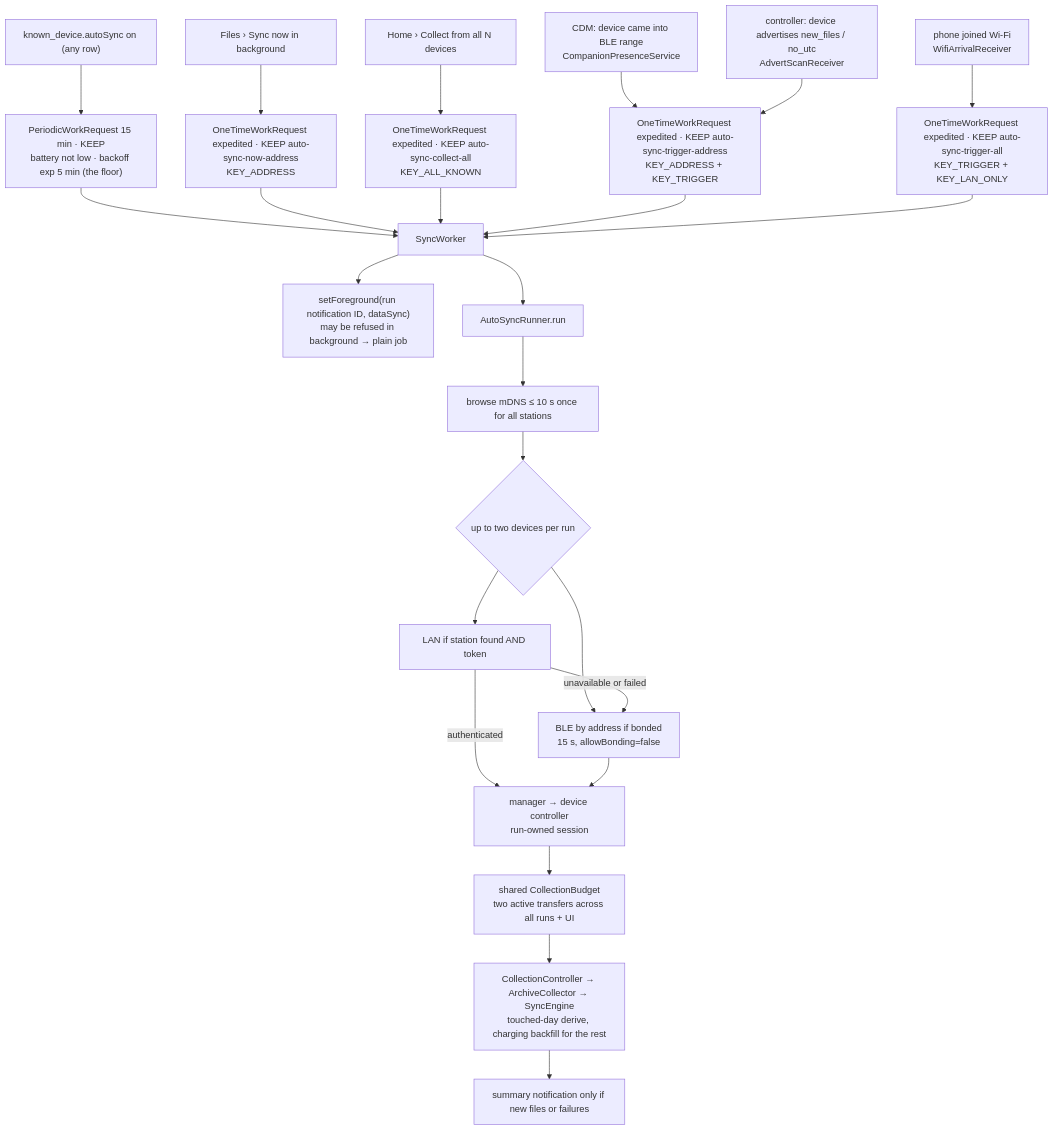
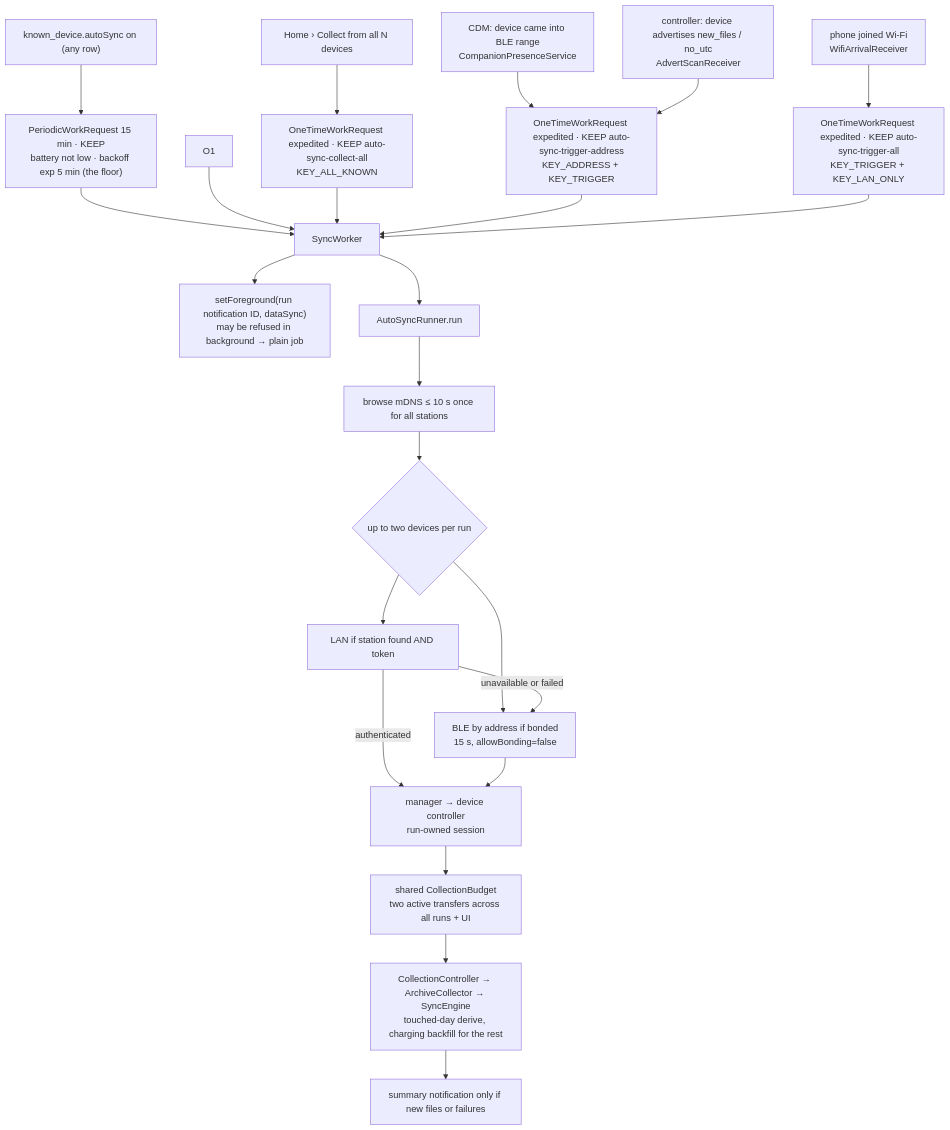
Before and after one commit to walkthru-earth/opensensor-space-mobile: the diagram in docs/background-sync.md, drawn with Mermaid. The commit also changed other lines of this file and 7 other files, not shown here.

Commit message:
Update screen and sync docs for one home per action

````diff
--- a/docs/background-sync.md
+++ b/docs/background-sync.md
@@ -17,26 +17,25 @@
 ```mermaid
 flowchart TD
   SW["known_device.autoSync on (any row)"] --> P["PeriodicWorkRequest 15 min · KEEP<br/>battery not low · backoff exp 5 min (the floor)"]
-  M1["Files › Sync now in background"] --> O1["OneTimeWorkRequest expedited · KEEP auto-sync-now-address<br/>KEY_ADDRESS"]
   M2["Home › Collect from all N devices"] --> O2["OneTimeWorkRequest expedited · KEEP auto-sync-collect-all<br/>KEY_ALL_KNOWN"]
   T1["CDM: device came into BLE range<br/>CompanionPresenceService"] --> O3["OneTimeWorkRequest expedited · KEEP auto-sync-trigger-address<br/>KEY_ADDRESS + KEY_TRIGGER"]
   T2["controller: device advertises new_files / no_utc<br/>AdvertScanReceiver"] --> O3
   T3["phone joined Wi-Fi<br/>WifiArrivalReceiver"] --> O4["OneTimeWorkRequest expedited · KEEP auto-sync-trigger-all<br/>KEY_TRIGGER + KEY_LAN_ONLY"]
   P --> W[SyncWorker]
   O1 --> W
   O2 --> W
   O3 --> W
   O4 --> W
   W --> F["setForeground(run notification ID, dataSync)<br/>may be refused in background → plain job"]
   W --> R[AutoSyncRunner.run]
   R --> L["browse mDNS ≤ 10 s once for all stations"]
   L --> D{up to two devices per run}
   D --> LAN["LAN if station found AND token"]
   D --> BLE["BLE by address if bonded<br/>15 s, allowBonding=false"]
   LAN -- unavailable or failed --> BLE
   LAN -- authenticated --> C["manager → device controller<br/>run-owned session"]
   BLE --> C
   C --> B["shared CollectionBudget<br/>two active transfers across all runs + UI"]
   B --> S["CollectionController → ArchiveCollector → SyncEngine<br/>touched-day derive, charging backfill for the rest"]
   S --> N["summary notification only if new files or failures"]
 ```
````
